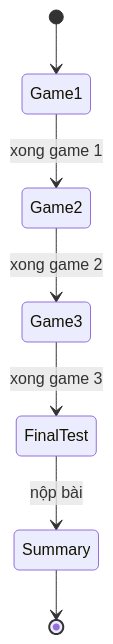
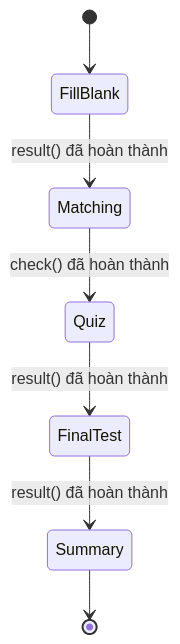
One commit to TAnh05/EduGame changed the fifth of 5 diagrams in docs/01-UML-phan-game.md. Above: the diagram before and after it, drawn with Mermaid. The commit also changed other lines of this file and 15 other files, not shown here.

````diff
--- a/docs/01-UML-phan-game.md
+++ b/docs/01-UML-phan-game.md
@@ -291,9 +285,9 @@
 ```mermaid
 stateDiagram-v2
-    [*] --> Game1
-    Game1 --> Game2 : xong game 1
-    Game2 --> Game3 : xong game 2
-    Game3 --> FinalTest : xong game 3
-    FinalTest --> Summary : nộp bài
+    [*] --> FillBlank
+    FillBlank --> Matching : result() đã hoàn thành
+    Matching --> Quiz : check() đã hoàn thành
+    Quiz --> FinalTest : result() đã hoàn thành
+    FinalTest --> Summary : result() đã hoàn thành
     Summary --> [*]
 ```
````
